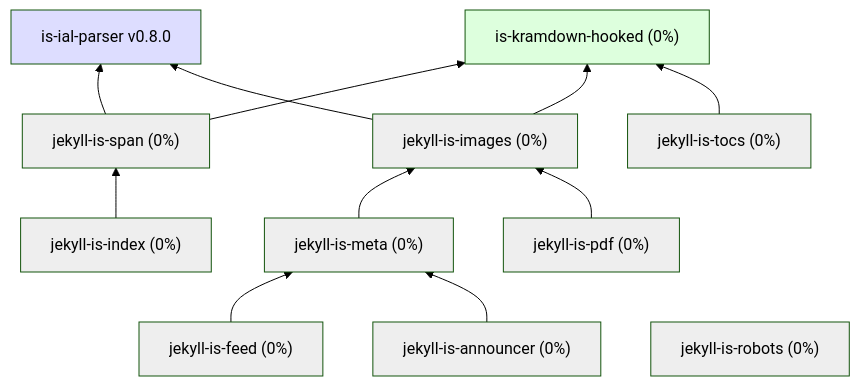
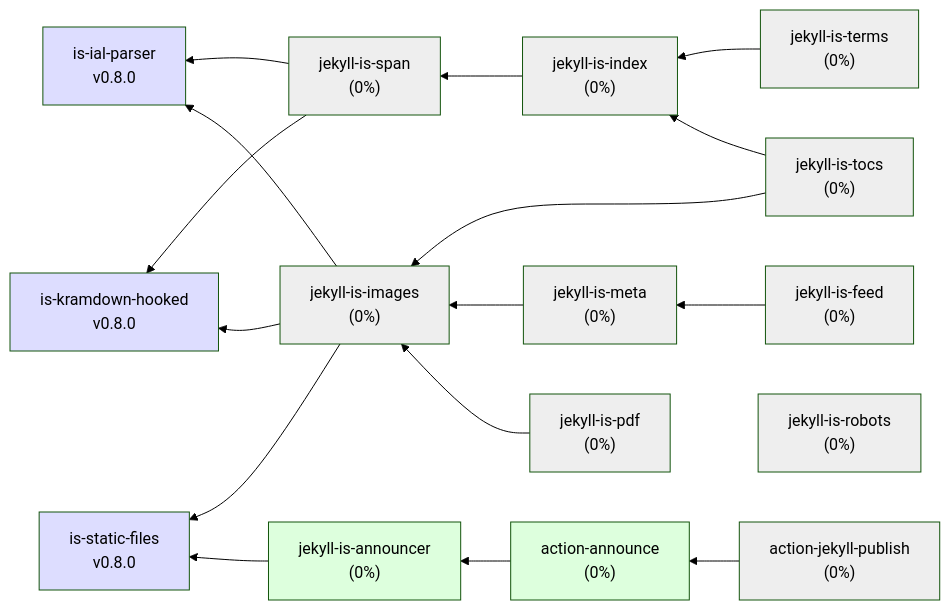
Before and after one commit to jekyll-is/jekyll-is-ecosystem: the diagram in README.md, drawn with Mermaid (forest theme).

````diff
--- a/README.md
+++ b/README.md
@@ -8,44 +8,58 @@
 ```mermaid
-graph BT
-  ial["is-ial-parser v0.8.0"]
-  kramdown["is-kramdown-hooked (0%)"]
-  tocs["jekyll-is-tocs (0%)"] --> kramdown
-  images["jekyll-is-images (0%)"] --> ial
+graph RL
+  ial["is-ial-parser<br>v0.8.0"]
+  kramdown["is-kramdown-hooked<br>v0.8.0"]
+  statics["is-static-files<br>v0.8.0"]
+  span["jekyll-is-span<br>(0%)"] --> ial
+  span --> kramdown
+  index["jekyll-is-index<br>(0%)"] --> span
+  abbr["jekyll-is-terms<br>(0%)"] --> index
+  images["jekyll-is-images<br>(0%)"] --> ial
   images --> kramdown
-  announcer["jekyll-is-announcer (0%)"] --> meta
-  pdf["jekyll-is-pdf (0%)"] --> images
-  meta["jekyll-is-meta (0%)"] --> images
-  feed["jekyll-is-feed (0%)"] --> meta
-  span["jekyll-is-span (0%)"] --> ial
-  index["jekyll-is-index (0%)"] --> span
-  span --> kramdown
-  robots["jekyll-is-robots (0%)"]
+  images --> statics
+  tocs["jekyll-is-tocs<br>(0%)"] --> images
+  tocs --> index
+  meta["jekyll-is-meta<br>(0%)"] --> images
+  feed["jekyll-is-feed<br>(0%)"] --> meta
+  robots["jekyll-is-robots<br>(0%)"]
+  announcer["jekyll-is-announcer<br>(0%)"] --> statics
+  act-announce["action-announce<br>(0%)"] --> announcer
+  publish["action-jekyll-publish<br>(0%)"] --> act-announce
+  pdf["jekyll-is-pdf<br>(0%)"] --> images
 
 click ial "https://github.com/jekyll-is/is-ial-parser"
 click kramdown "https://github.com/jekyll-is/is-kramdown-hooked"
 click announcer "https://github.com/jekyll-is/jekyll-is-announcer"
+click act-announce "https://github.com/jekyll-is/action-announce"
+click publish "https://github.com/jekyll-is/action-jekyll-publish"
 click images "https://github.com/jekyll-is/jekyll-is-images"
 click robots "https://github.com/jekyll-is/jekyll-is-robots"
 click meta "https://github.com/jekyll-is/jekyll-is-meta"
 click pdf "https://github.com/jekyll-is/jekyll-is-pdf"
 click tocs "https://github.com/jekyll-is/jekyll-is-tocs"
 click feed "https://github.com/jekyll-is/jekyll-is-feed"
 click index "https://github.com/jekyll-is/jekyll-is-index"
 click span "https://github.com/jekyll-is/jekyll-is-span"
+click abbr "https://github.com/jekyll-is/jekyll-is-terms"
+click statics "https://github.com/jekyll-is/is-static-files"
 
 classDef green fill:#DFD
 classDef gray fill:#EEE
 classDef blue fill:#DDF
 
 class ial blue
-class kramdown green
+class kramdown blue
 class images gray
-class announcer gray
+class announcer green
+class act-announce green
+class publish gray
 class pdf gray
 class span gray
 class index gray
 class feed gray
 class meta gray
 class robots gray
 class tocs gray
+class abbr gray
+class statics blue
 ```
````
